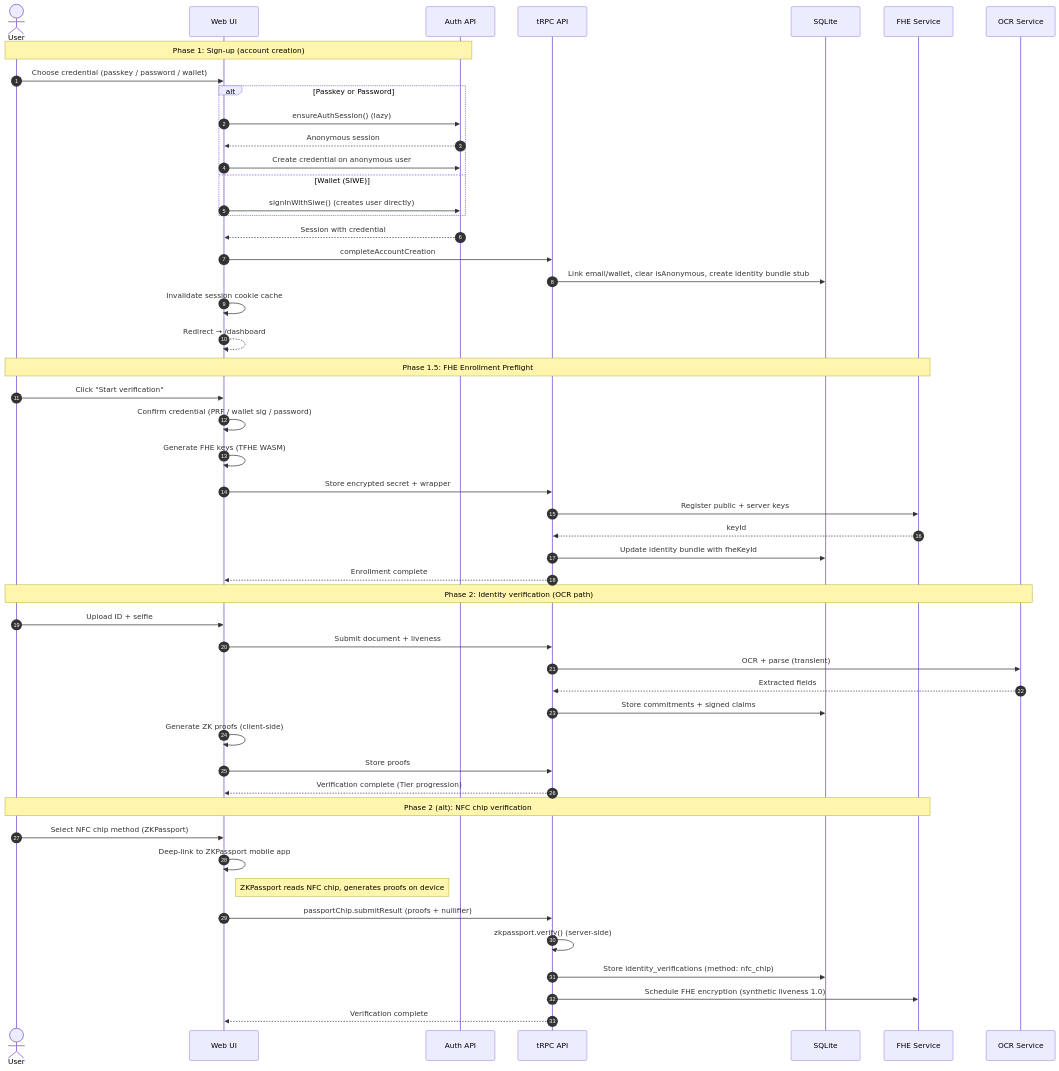
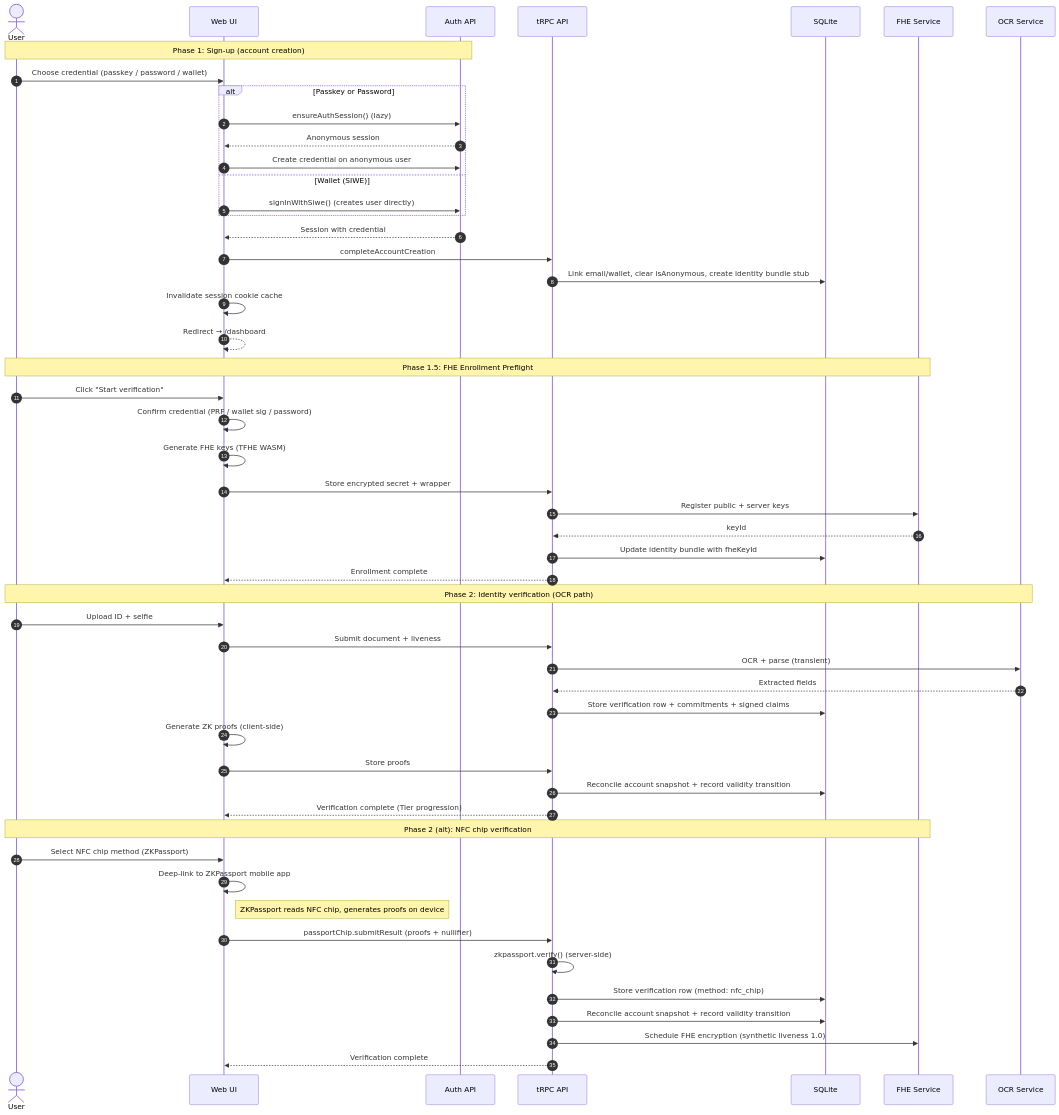
One commit to gustavovalverde/zentity changed the second of 4 diagrams in docs/(concepts)/architecture.md. Above: the diagram before and after it, drawn with Mermaid. The commit also changed other lines of this file and 53 other files, not shown here.

Commit message:
feat: unify account identity validity lifecycle

````diff
--- a/docs/(concepts)/architecture.md
+++ b/docs/(concepts)/architecture.md
@@ -147,56 +149,58 @@
 ```mermaid
 sequenceDiagram
   autonumber
   actor User
   participant UI as Web UI
   participant AUTH as Auth API
   participant API as tRPC API
   participant DB as SQLite
   participant FHE as FHE Service
   participant OCR as OCR Service
 
   Note over User,AUTH: Phase 1: Sign-up (account creation)
   User->>UI: Choose credential (passkey / password / wallet)
   alt Passkey or Password
     UI->>AUTH: ensureAuthSession() (lazy)
     AUTH-->>UI: Anonymous session
     UI->>AUTH: Create credential on anonymous user
   else Wallet (SIWE)
     UI->>AUTH: signInWithSiwe() (creates user directly)
   end
   AUTH-->>UI: Session with credential
   UI->>API: completeAccountCreation
   API->>DB: Link email/wallet, clear isAnonymous, create identity bundle stub
   UI->>UI: Invalidate session cookie cache
   UI-->>UI: Redirect → /dashboard
 
   Note over User,FHE: Phase 1.5: FHE Enrollment Preflight
   User->>UI: Click "Start verification"
   UI->>UI: Confirm credential (PRF / wallet sig / password)
   UI->>UI: Generate FHE keys (TFHE WASM)
   UI->>API: Store encrypted secret + wrapper
   API->>FHE: Register public + server keys
   FHE-->>API: keyId
   API->>DB: Update identity bundle with fheKeyId
   API-->>UI: Enrollment complete
 
   Note over User,OCR: Phase 2: Identity verification (OCR path)
   User->>UI: Upload ID + selfie
   UI->>API: Submit document + liveness
   API->>OCR: OCR + parse (transient)
   OCR-->>API: Extracted fields
-  API->>DB: Store commitments + signed claims
+  API->>DB: Store verification row + commitments + signed claims
   UI->>UI: Generate ZK proofs (client-side)
   UI->>API: Store proofs
+  API->>DB: Reconcile account snapshot + record validity transition
   API-->>UI: Verification complete (Tier progression)
 
   Note over User,FHE: Phase 2 (alt): NFC chip verification
   User->>UI: Select NFC chip method (ZKPassport)
   UI->>UI: Deep-link to ZKPassport mobile app
   Note right of UI: ZKPassport reads NFC chip, generates proofs on device
   UI->>API: passportChip.submitResult (proofs + nullifier)
   API->>API: zkpassport.verify() (server-side)
-  API->>DB: Store identity_verifications (method: nfc_chip)
+  API->>DB: Store verification row (method: nfc_chip)
+  API->>DB: Reconcile account snapshot + record validity transition
   API->>FHE: Schedule FHE encryption (synthetic liveness 1.0)
   API-->>UI: Verification complete
 ```
````
